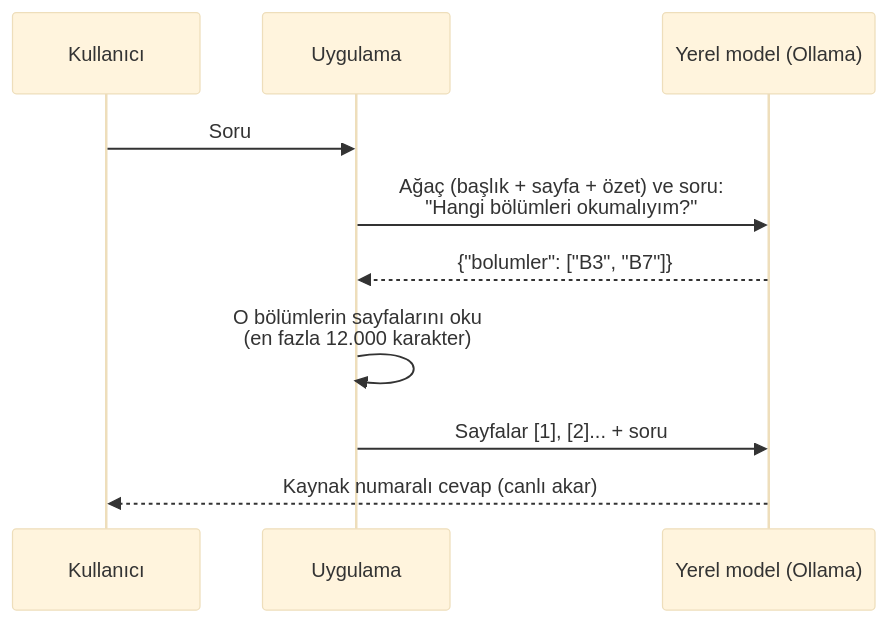
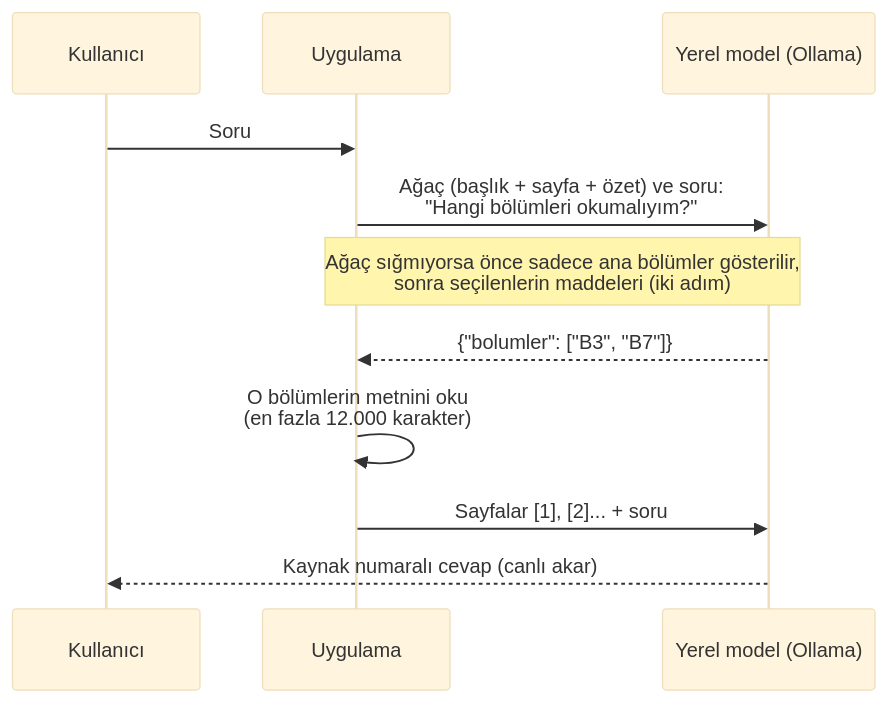
Before and after one commit to iremdalkran/rag-chatbot: the eighth of 8 diagrams in ARCHITECTURE.md, drawn with Mermaid (base theme). The commit also changed other lines of this file and 7 other files, not shown here.

````diff
--- a/ARCHITECTURE.md
+++ b/ARCHITECTURE.md
@@ -782,12 +793,13 @@
 ```mermaid
 sequenceDiagram
     participant K as Kullanıcı
     participant U as Uygulama
     participant M as Yerel model (Ollama)
     K->>U: Soru
     U->>M: Ağaç (başlık + sayfa + özet) ve soru:<br/>"Hangi bölümleri okumalıyım?"
+    Note over U,M: Ağaç sığmıyorsa önce sadece ana bölümler gösterilir,<br/>sonra seçilenlerin maddeleri (iki adım)
     M-->>U: {"bolumler": ["B3", "B7"]}
-    U->>U: O bölümlerin sayfalarını oku<br/>(en fazla 12.000 karakter)
+    U->>U: O bölümlerin metnini oku<br/>(en fazla 12.000 karakter)
     U->>M: Sayfalar [1], [2]... + soru
     M-->>K: Kaynak numaralı cevap (canlı akar)
 ```
````
